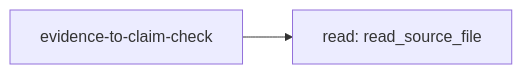
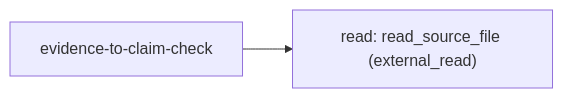
Diagram 12 of 30 in reports/2026-11-20-workflow-map/WORKFLOW-MAP.md (Jake36999/Librarian_V2), drawn with Mermaid before and after one commit. The commit also changed other lines of this file and 6 other files, not shown here.

````diff
--- a/reports/2026-11-20-workflow-map/WORKFLOW-MAP.md
+++ b/reports/2026-11-20-workflow-map/WORKFLOW-MAP.md
@@ -186,6 +186,6 @@
 ```mermaid
 flowchart LR
   s["evidence-to-claim-check"]
-  n0["read: read_source_file"]
+  n0["read: read_source_file (external_read)"]
   s --> n0
 ```
````
